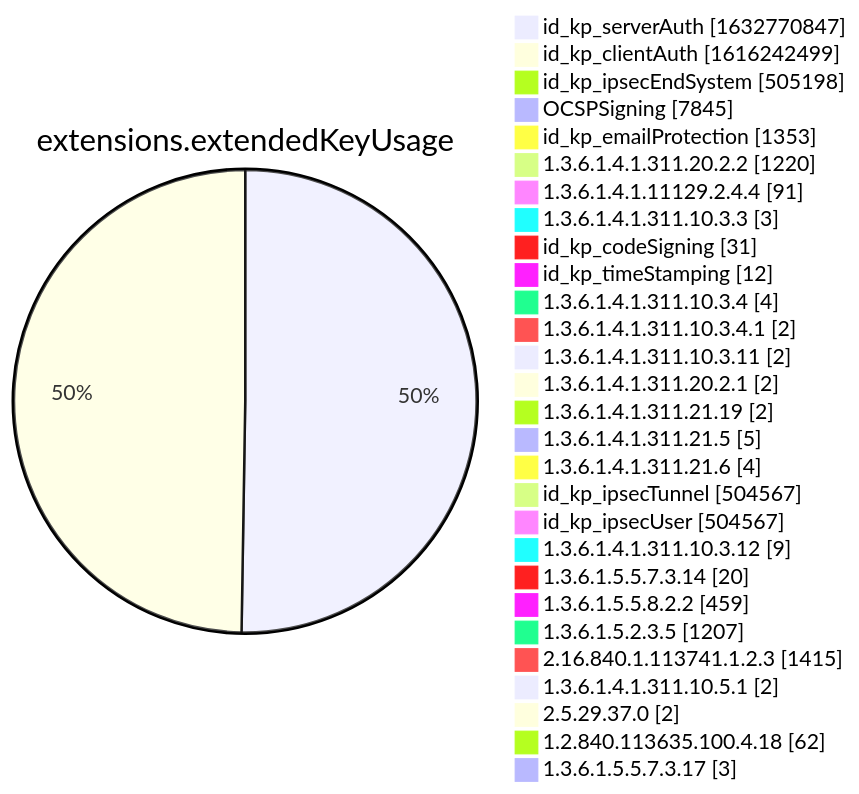
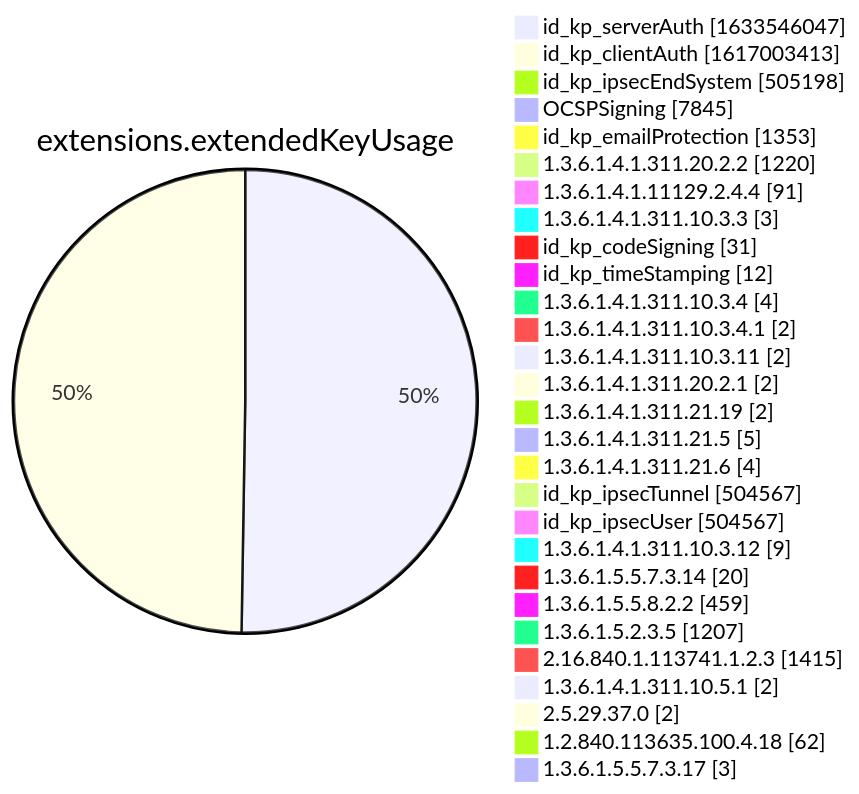
Before and after one commit to christiankrug/ctmonitor_visualization: diagram 12 of 15 in xenon2022/README.md, drawn with Mermaid. The commit also changed other lines of this file, not shown here.

````diff
--- a/xenon2022/README.md
+++ b/xenon2022/README.md
@@ -3886,32 +3886,32 @@
 ```mermaid
 pie showData
 title extensions.extendedKeyUsage
-"id_kp_serverAuth" :1632770847
-"id_kp_clientAuth" :1616242499
+"id_kp_serverAuth" :1633546047
+"id_kp_clientAuth" :1617003413
 "id_kp_ipsecEndSystem" :505198
 "OCSPSigning" :7845
 "id_kp_emailProtection" :1353
 "1.3.6.1.4.1.311.20.2.2" :1220
 "1.3.6.1.4.1.11129.2.4.4" :91
 "1.3.6.1.4.1.311.10.3.3" :3
 "id_kp_codeSigning" :31
 "id_kp_timeStamping" :12
 "1.3.6.1.4.1.311.10.3.4" :4
 "1.3.6.1.4.1.311.10.3.4.1" :2
 "1.3.6.1.4.1.311.10.3.11" :2
 "1.3.6.1.4.1.311.20.2.1" :2
 "1.3.6.1.4.1.311.21.19" :2
 "1.3.6.1.4.1.311.21.5" :5
 "1.3.6.1.4.1.311.21.6" :4
 "id_kp_ipsecTunnel" :504567
 "id_kp_ipsecUser" :504567
 "1.3.6.1.4.1.311.10.3.12" :9
 "1.3.6.1.5.5.7.3.14" :20
 "1.3.6.1.5.5.8.2.2" :459
 "1.3.6.1.5.2.3.5" :1207
 "2.16.840.1.113741.1.2.3" :1415
 "1.3.6.1.4.1.311.10.5.1" :2
 "2.5.29.37.0" :2
 "1.2.840.113635.100.4.18" :62
 "1.3.6.1.5.5.7.3.17" :3
 ```
````
